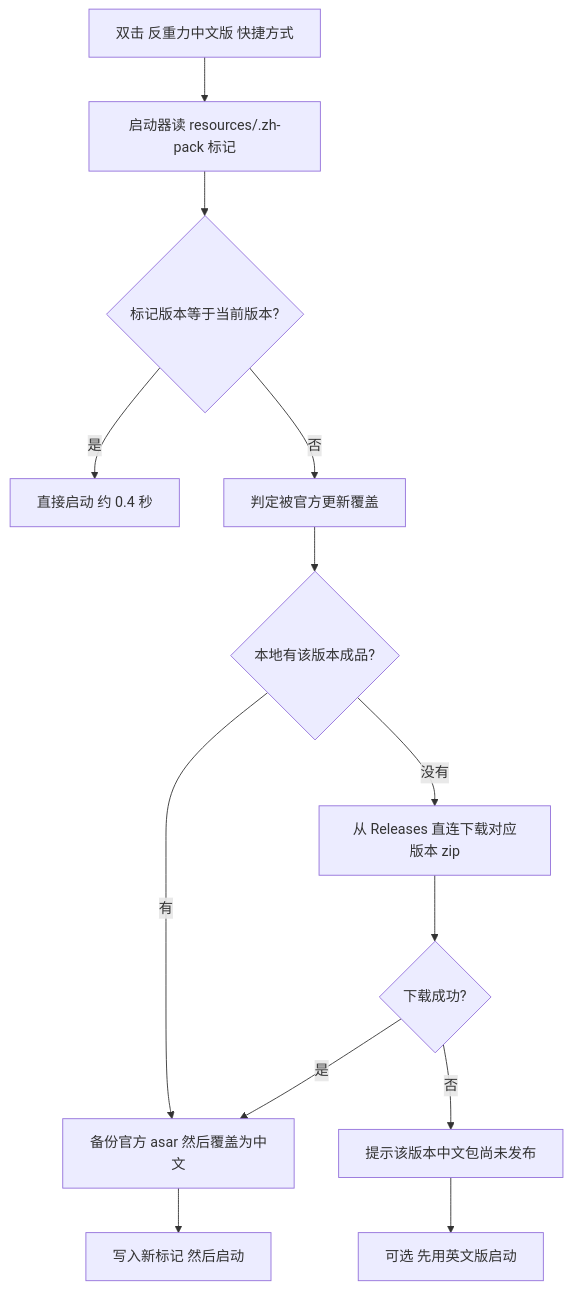
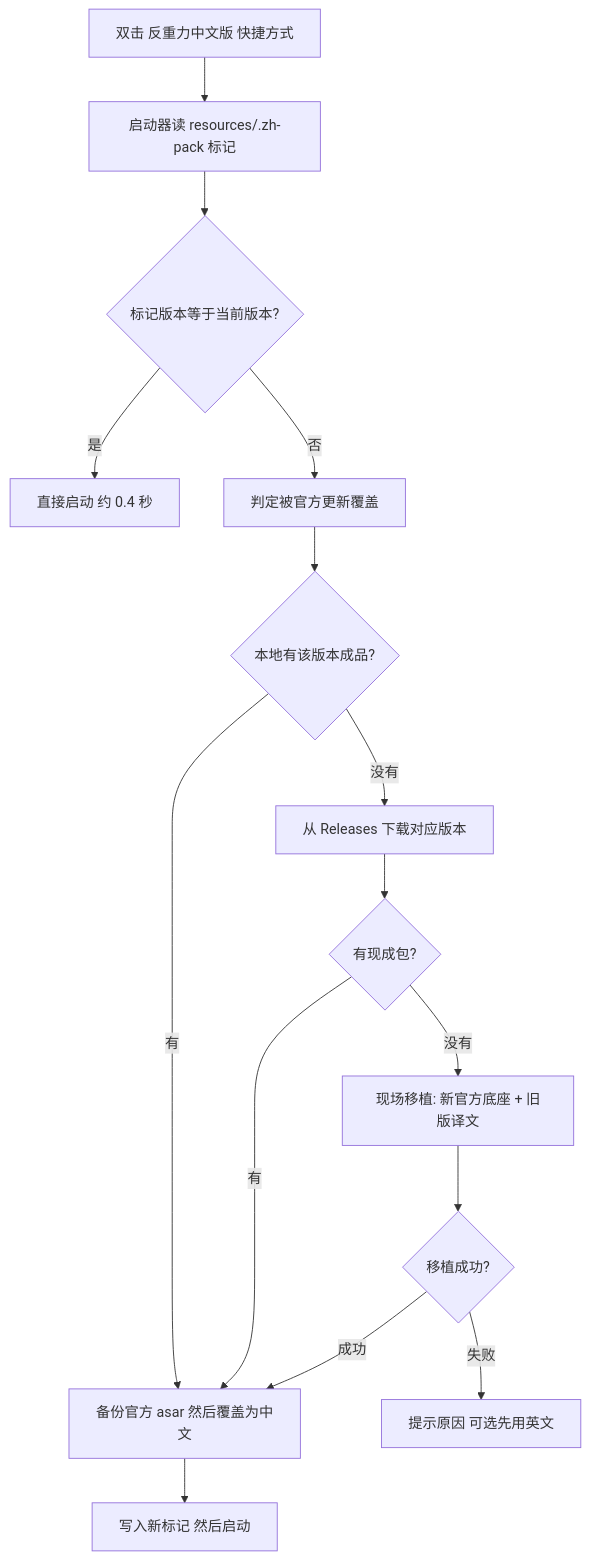
The diagram in README.md (bslnssb/antigravity-chinese-pack), drawn with Mermaid before and after one commit. The commit also changed other lines of this file and 10 other files, not shown here.

````diff
--- a/README.md
+++ b/README.md
@@ -64,15 +67,17 @@
 ```mermaid
 flowchart TD
     A[双击 反重力中文版 快捷方式] --> B[启动器读 resources/.zh-pack 标记]
     B --> C{标记版本等于当前版本?}
     C -->|是| D[直接启动 约 0.4 秒]
     C -->|否| E[判定被官方更新覆盖]
     E --> F{本地有该版本成品?}
     F -->|有| G[备份官方 asar 然后覆盖为中文]
-    F -->|没有| H[从 Releases 直连下载对应版本 zip]
-    H --> I{下载成功?}
-    I -->|是| G
-    I -->|否| J[提示该版本中文包尚未发布]
-    J --> K[可选 先用英文版启动]
-    G --> L[写入新标记 然后启动]
+    F -->|没有| H[从 Releases 下载对应版本]
+    H --> I{有现成包?}
+    I -->|有| G
+    I -->|没有| J[现场移植: 新官方底座 + 旧版译文]
+    J --> K{移植成功?}
+    K -->|成功| G
+    K -->|失败| L[提示原因 可选先用英文]
+    G --> M[写入新标记 然后启动]
 ```
````
